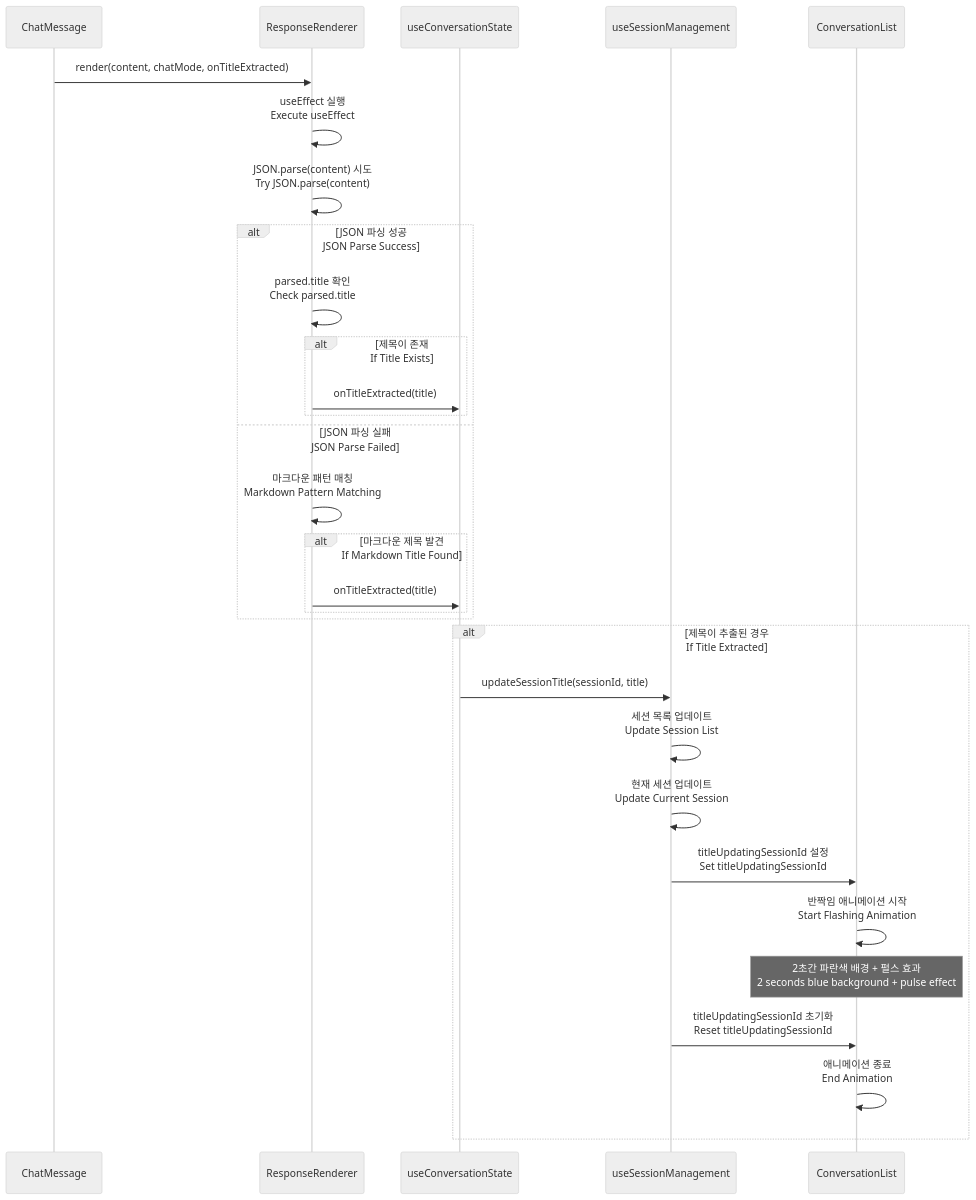
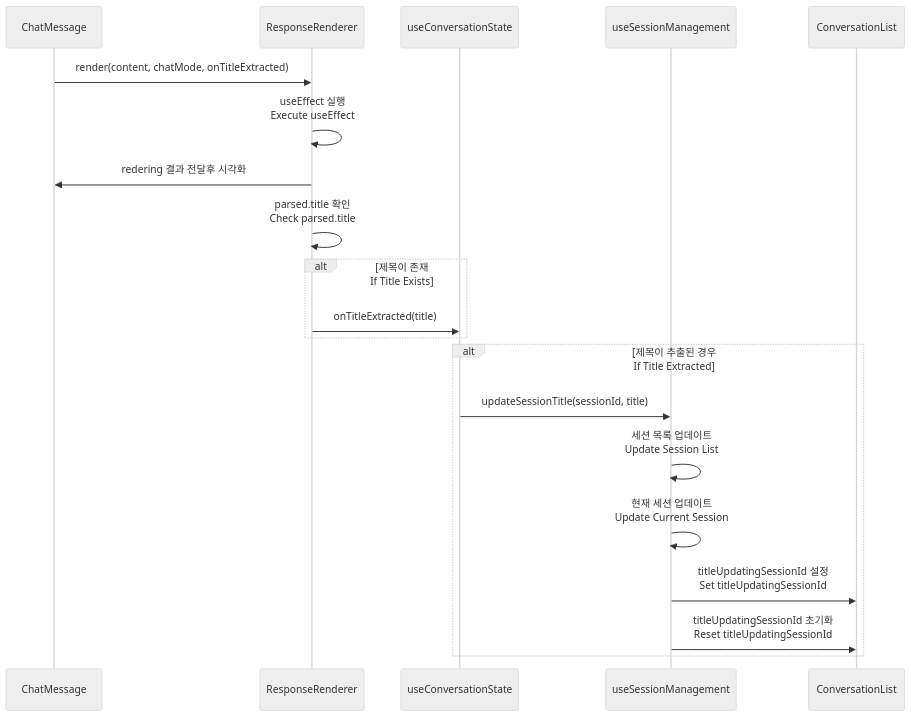
Diagram 12 of 19 in docs/design-specification.md (p0pular131/askspec-chat-assistant), drawn with Mermaid (neutral theme) before and after one commit.

Commit message:
ㅁㄴㅇㄻㄴㅇㄹ

````diff
--- a/docs/design-specification.md
+++ b/docs/design-specification.md
@@ -604,37 +604,25 @@
 ```mermaid
 sequenceDiagram
     participant ChatMessage as ChatMessage
     participant Renderer as ResponseRenderer
     participant State as useConversationState
     participant Session as useSessionManagement
     participant UI as ConversationList
 
     ChatMessage->>Renderer: render(content, chatMode, onTitleExtracted)
     Renderer->>Renderer: useEffect 실행<br/>Execute useEffect
-    Renderer->>Renderer: JSON.parse(content) 시도<br/>Try JSON.parse(content)
+    Renderer->>ChatMessage: redering 결과 전달후 시각화
     
-    alt JSON 파싱 성공<br/>JSON Parse Success
-        Renderer->>Renderer: parsed.title 확인<br/>Check parsed.title
-        alt 제목이 존재<br/>If Title Exists
-            Renderer->>State: onTitleExtracted(title)
-        end
-    else JSON 파싱 실패<br/>JSON Parse Failed
-        Renderer->>Renderer: 마크다운 패턴 매칭<br/>Markdown Pattern Matching
-        alt 마크다운 제목 발견<br/>If Markdown Title Found
-            Renderer->>State: onTitleExtracted(title)
-        end
+    Renderer->>Renderer: parsed.title 확인<br/>Check parsed.title
+    alt 제목이 존재<br/>If Title Exists
+        Renderer->>State: onTitleExtracted(title)
     end
     
     alt 제목이 추출된 경우<br/>If Title Extracted
         State->>Session: updateSessionTitle(sessionId, title)
         Session->>Session: 세션 목록 업데이트<br/>Update Session List
         Session->>Session: 현재 세션 업데이트<br/>Update Current Session
         Session->>UI: titleUpdatingSessionId 설정<br/>Set titleUpdatingSessionId
-        UI->>UI: 반짝임 애니메이션 시작<br/>Start Flashing Animation
-        
-        Note over UI: 2초간 파란색 배경 + 펄스 효과<br/>2 seconds blue background + pulse effect
-        
         Session->>UI: titleUpdatingSessionId 초기화<br/>Reset titleUpdatingSessionId
-        UI->>UI: 애니메이션 종료<br/>End Animation
     end
 ```
````
